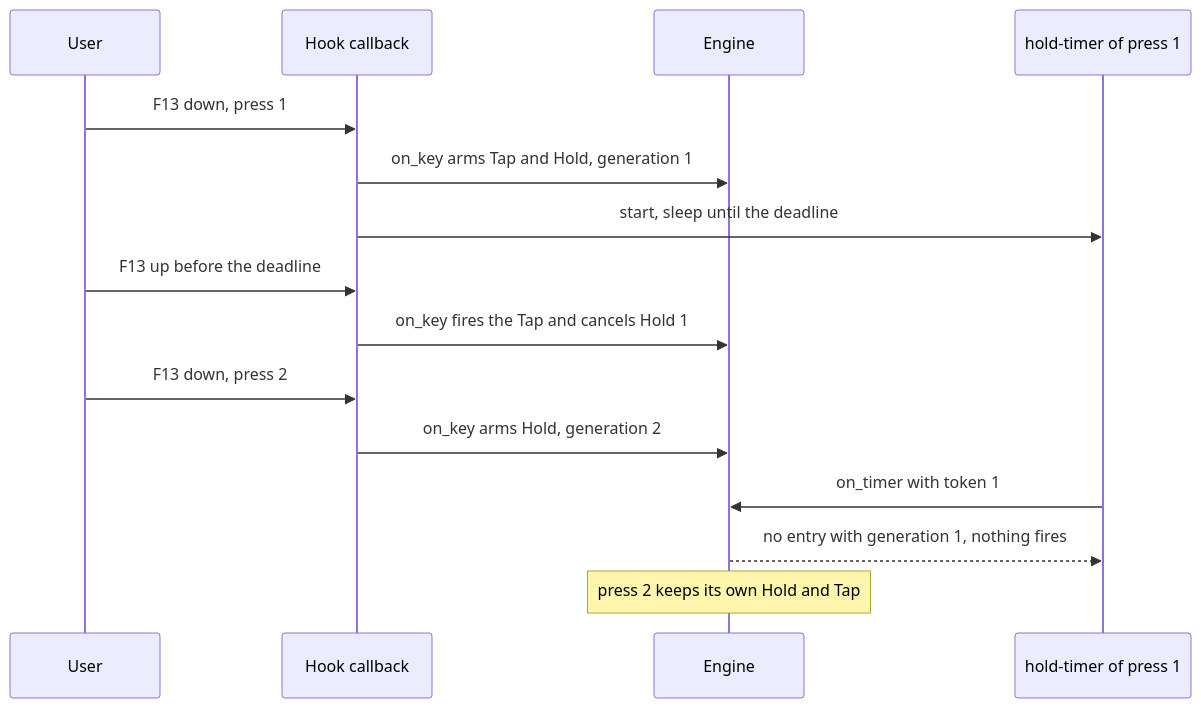
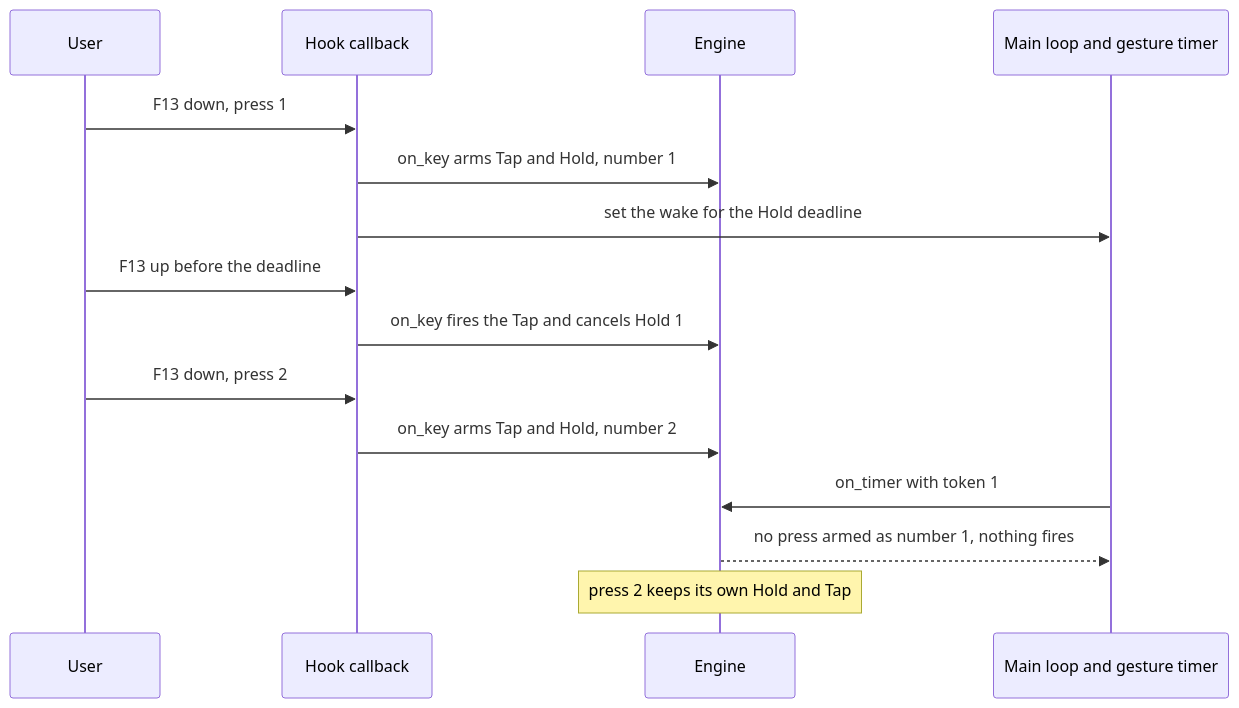
One commit to bluesteelll/key-switch-rs changed the fifth of 7 diagrams in book/src/architecture.md. Above: the diagram before and after it, drawn with Mermaid. The commit also changed other lines of this file and 20 other files, not shown here.

````diff
--- a/book/src/architecture.md
+++ b/book/src/architecture.md
@@ -371,17 +389,17 @@
 ```mermaid
 sequenceDiagram
     participant U as User
     participant CB as Hook callback
     participant E as Engine
-    participant T1 as hold-timer of press 1
+    participant L as Main loop and gesture timer
     U->>CB: F13 down, press 1
-    CB->>E: on_key arms Tap and Hold, generation 1
-    CB->>T1: start, sleep until the deadline
+    CB->>E: on_key arms Tap and Hold, number 1
+    CB->>L: set the wake for the Hold deadline
     U->>CB: F13 up before the deadline
     CB->>E: on_key fires the Tap and cancels Hold 1
     U->>CB: F13 down, press 2
-    CB->>E: on_key arms Hold, generation 2
-    T1->>E: on_timer with token 1
-    E-->>T1: no entry with generation 1, nothing fires
+    CB->>E: on_key arms Tap and Hold, number 2
+    L->>E: on_timer with token 1
+    E-->>L: no press armed as number 1, nothing fires
     Note over E: press 2 keeps its own Hold and Tap
 ```
````
